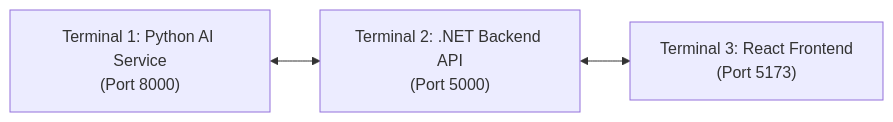
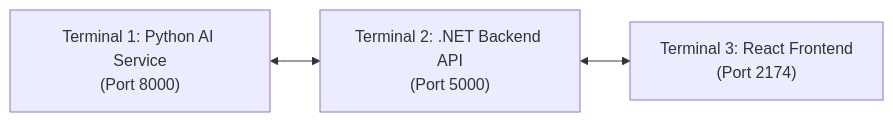
The diagram in HOW_TO_RUN.md (Raashidh-Rizvi/EduFlowAi), drawn with Mermaid before and after one commit. The commit also changed other lines of this file and 6 other files, not shown here.

````diff
--- a/HOW_TO_RUN.md
+++ b/HOW_TO_RUN.md
@@ -36,9 +36,9 @@
 ```mermaid
 flowchart LR
     T1["Terminal 1: Python AI Service\n(Port 8000)"]
     T2["Terminal 2: .NET Backend API\n(Port 5000)"]
-    T3["Terminal 3: React Frontend\n(Port 5173)"]
+    T3["Terminal 3: React Frontend\n(Port 2174)"]
 
     T1 <--> T2
     T2 <--> T3
 ```
````
